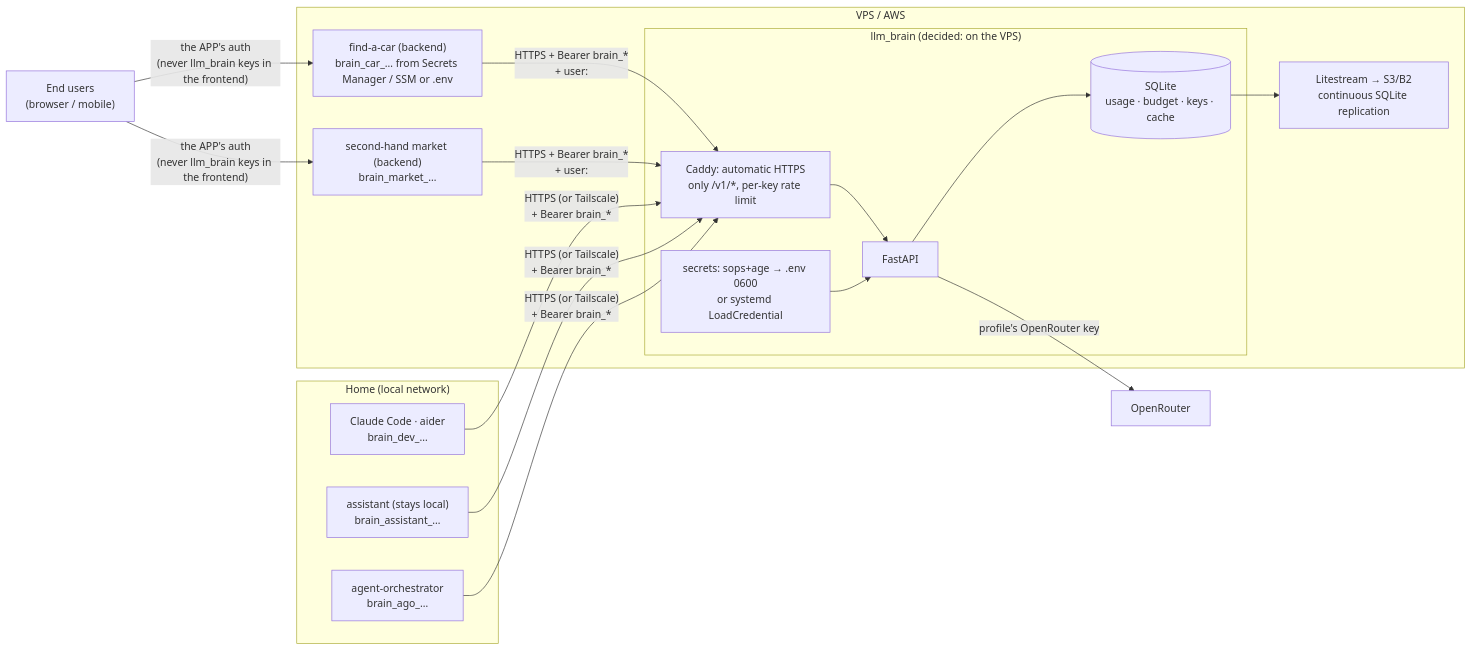
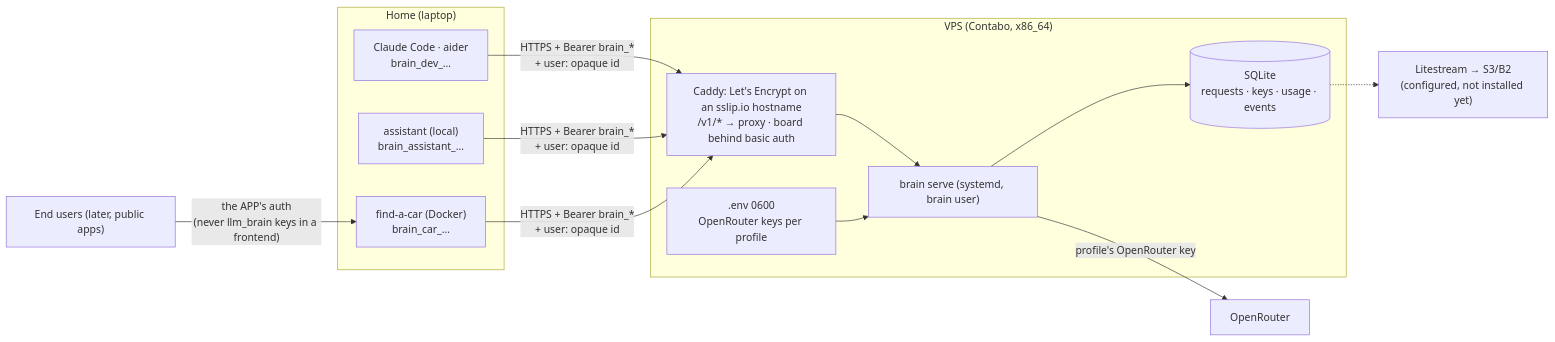
Before and after one commit to pjcau/llm_brain: the diagram in docs/architecture/auth-topology.md, drawn with Mermaid. The commit also changed other lines of this file and 42 other files, not shown here.

````diff
--- a/docs/architecture/auth-topology.md
+++ b/docs/architecture/auth-topology.md
@@ -59,28 +46,23 @@
 ```mermaid
 flowchart LR
-    subgraph LOCAL["Home (local network)"]
+    subgraph LOCAL["Home (laptop)"]
         CC["Claude Code · aider<br/>brain_dev_…"]
-        AST["assistant (stays local)<br/>brain_assistant_…"]
-        AGO["agent-orchestrator<br/>brain_ago_…"]
+        AST["assistant (local)<br/>brain_assistant_…"]
+        FAC["find-a-car (Docker)<br/>brain_car_…"]
     end
 
-    subgraph REMOTE["VPS / AWS"]
-        subgraph BRAIN["llm_brain (decided: on the VPS)"]
-            CADDY["Caddy: automatic HTTPS<br/>only /v1/*, per-key rate limit"]
-            API["FastAPI"]
-            DB[("SQLite<br/>usage · budget · keys · cache")]
-            ENV["secrets: sops+age → .env 0600<br/>or systemd LoadCredential"]
-        end
-        CAR["find-a-car (backend)<br/>brain_car_… from Secrets Manager / SSM or .env"]
-        SHM["second-hand market (backend)<br/>brain_market_…"]
-        LS["Litestream → S3/B2<br/>continuous SQLite replication"]
+    subgraph VPS["VPS (Contabo, x86_64)"]
+        CADDY["Caddy: Let's Encrypt on an sslip.io hostname<br/>/v1/* → proxy · board behind basic auth"]
+        API["brain serve (systemd, brain user)"]
+        DB[("SQLite<br/>requests · keys · usage · events")]
+        ENV[".env 0600<br/>OpenRouter keys per profile"]
     end
 
-    USERS["End users<br/>(browser / mobile)"] -- "the APP's auth<br/>(never llm_brain keys in the frontend)" --> CAR & SHM
-    CAR & SHM -- "HTTPS + Bearer brain_*<br/>+ user: <opaque id>" --> CADDY
-    CC & AST & AGO -- "HTTPS (or Tailscale)<br/>+ Bearer brain_*" --> CADDY
+    LS["Litestream → S3/B2<br/>(configured, not installed yet)"]
+    USERS["End users (later, public apps)"] -- "the APP's auth<br/>(never llm_brain keys in a frontend)" --> FAC
+    CC & AST & FAC -- "HTTPS + Bearer brain_*<br/>+ user: opaque id" --> CADDY
     CADDY --> API --> DB
     ENV --> API
-    DB --> LS
+    DB -.-> LS
     API -- "profile's OpenRouter key" --> OR["OpenRouter"]
 ```
````
